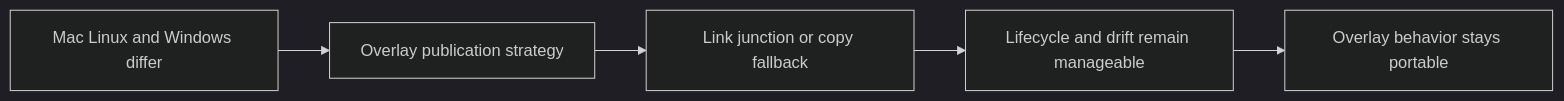
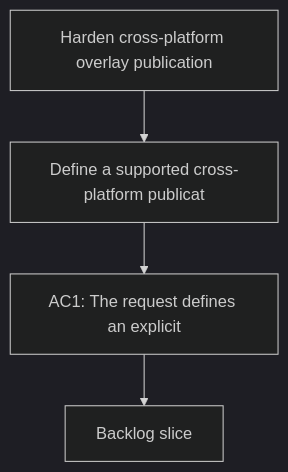
Before and after one commit to AlexAgo83/logics-manager: the diagram in logics/request/req_072_harden_cross_platform_overlay_publication_for_symlink_junction_and_copy_fallback.md, drawn with Mermaid (dark theme). The commit also changed other lines of this file and 481 other files, not shown here.

````diff
--- a/logics/request/req_072_harden_cross_platform_overlay_publication_for_symlink_junction_and_copy_fallback.md
+++ b/logics/request/req_072_harden_cross_platform_overlay_publication_for_symlink_junction_and_copy_fallback.md
@@ -33,9 +33,8 @@
 ```mermaid
 %% logics-kind: request
 %% logics-signature: request|harden-cross-platform-overlay-publicatio|define-a-supported-cross-platform-public|ac1-the-request-defines-an-explicit
-flowchart LR
-    Platforms[Mac Linux and Windows differ] --> Publication[Overlay publication strategy]
-    Publication --> Mode[Link junction or copy fallback]
-    Mode --> Cleanup[Lifecycle and drift remain manageable]
-    Cleanup --> Outcome[Overlay behavior stays portable]
+flowchart TD
+    Trigger[Harden cross-platform overlay publication] --> Need[Define a supported cross-platform publicat]
+    Need --> Outcome[AC1: The request defines an explicit]
+    Outcome --> Backlog[Backlog slice]
 ```
````
